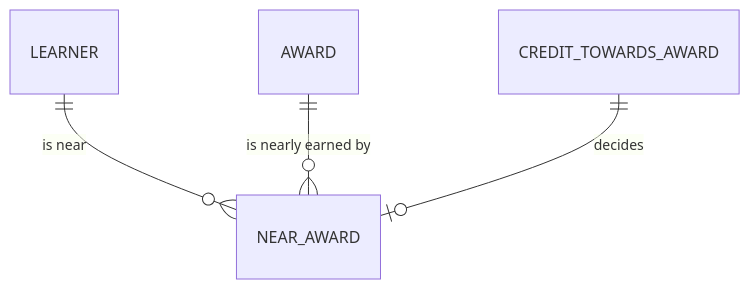
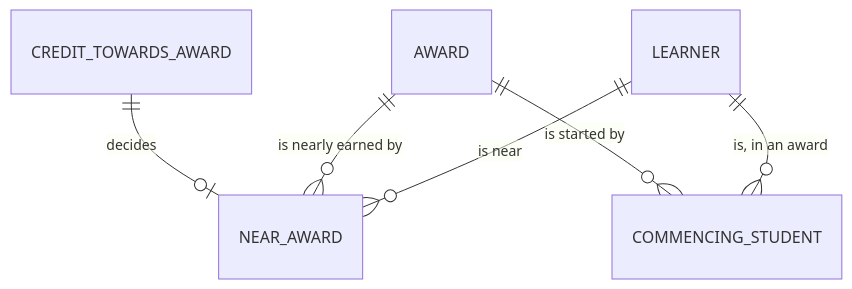
The diagram in films/analytics-engineering/project/models/marts/planning/_planning__conceptual.md (roanboc/learning-data), drawn with Mermaid before and after one commit. The commit also changed other lines of this file and 63 other files, not shown here.

````diff
--- a/films/analytics-engineering/project/models/marts/planning/_planning__conceptual.md
+++ b/films/analytics-engineering/project/models/marts/planning/_planning__conceptual.md
@@ -6,6 +7,8 @@
 ```mermaid
 erDiagram
     LEARNER ||--o{ NEAR_AWARD : "is near"
     AWARD ||--o{ NEAR_AWARD : "is nearly earned by"
     CREDIT_TOWARDS_AWARD ||--o| NEAR_AWARD : "decides"
+    LEARNER ||--o{ COMMENCING_STUDENT : "is, in an award"
+    AWARD ||--o{ COMMENCING_STUDENT : "is started by"
 ```
````
